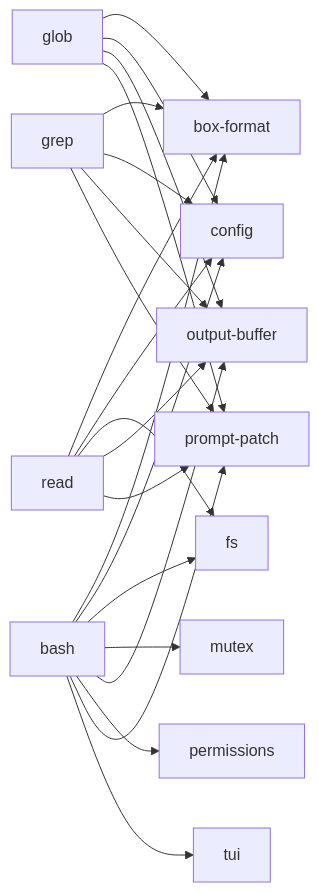
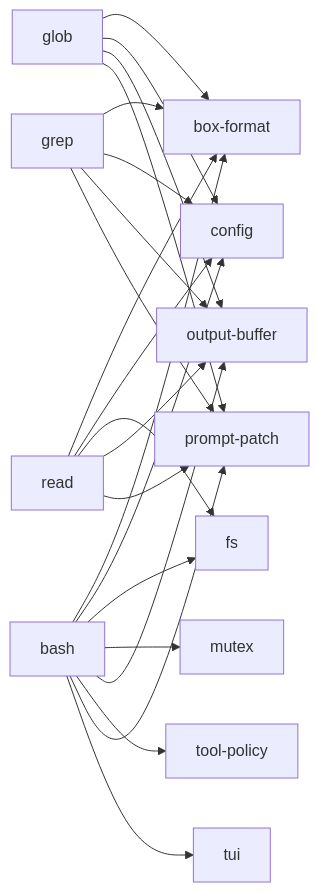
One commit to bdsqqq/dots changed the fourth of 8 diagrams in user/pi/PACKAGE-GRAPH.md. Above: the diagram before and after it, drawn with Mermaid. The commit also changed other lines of this file and 24 other files, not shown here.

Commit message:
feat(pi): permissions -> tool policy

````diff
--- a/user/pi/PACKAGE-GRAPH.md
+++ b/user/pi/PACKAGE-GRAPH.md
@@ -217,27 +217,27 @@
 ```mermaid
 flowchart LR
   bash[bash] --> boxformat[box-format]
   bash --> config
   bash --> fs[fs]
   bash --> mutex
   bash --> outbuf[output-buffer]
-  bash --> perms[permissions]
+  bash --> perms[tool-policy]
   bash --> patch[prompt-patch]
   bash --> tui
 
   glob[glob] --> boxformat
   glob --> config
   glob --> outbuf
   glob --> patch
 
   grep[grep] --> boxformat
   grep --> config
   grep --> outbuf
   grep --> patch
 
   read[read] --> boxformat
   read --> config
   read --> fs
   read --> outbuf
   read --> patch
 ```
````
